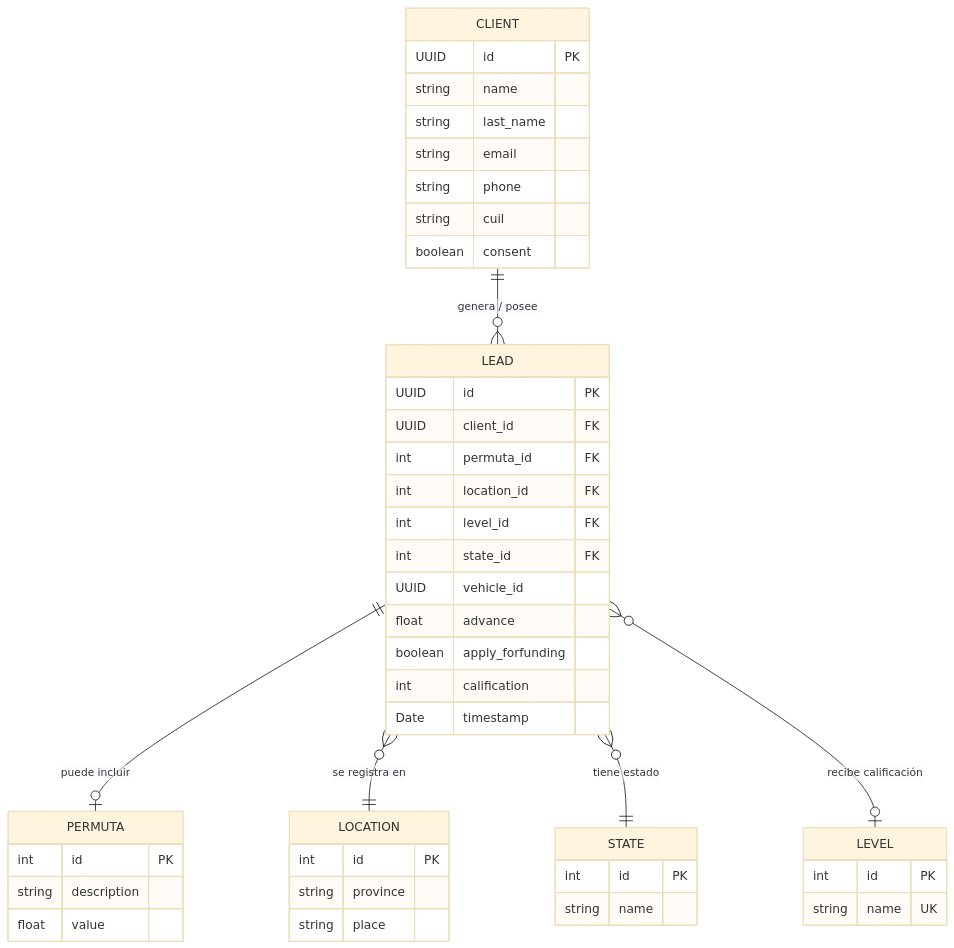
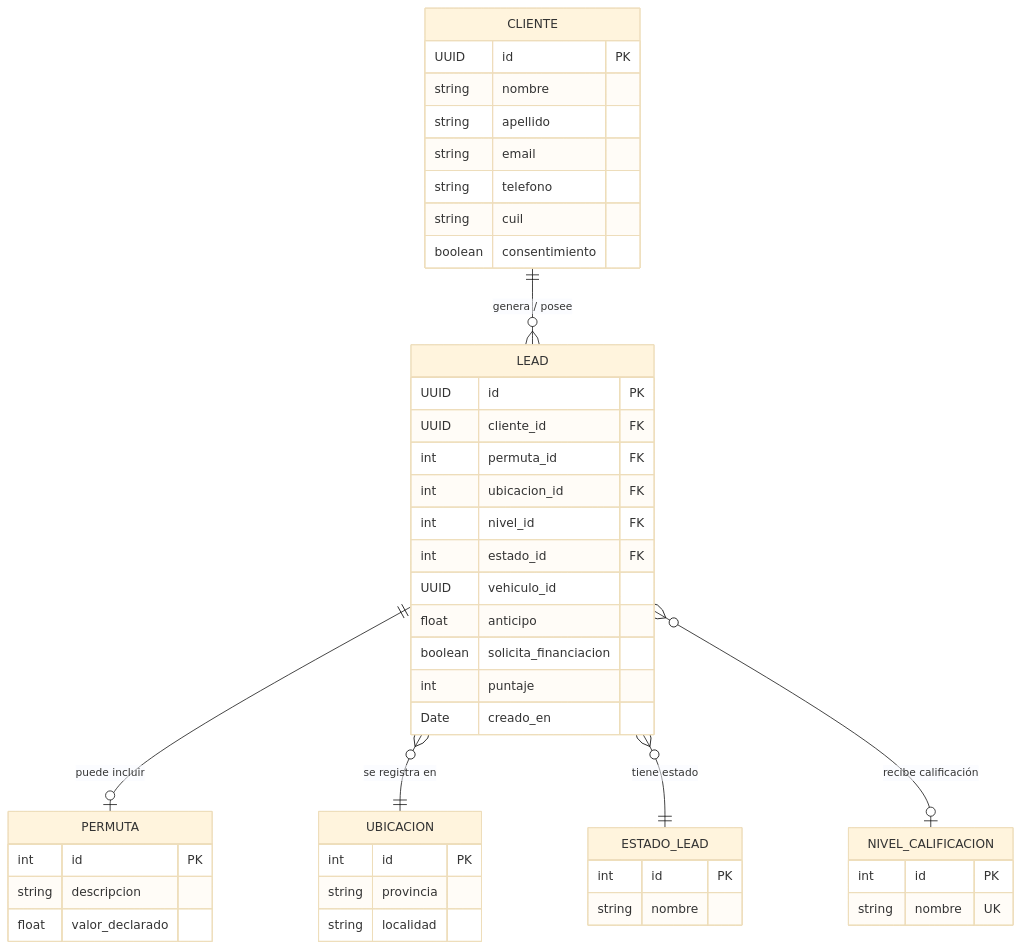
The diagram in docs/diagrams/der.mmd (naimgaunaa/LeadsMicroservice), drawn with Mermaid (base theme) before and after one commit. The commit also changed 6 other files, not shown here.

```diff
--- a/docs/diagrams/der.mmd
+++ b/docs/diagrams/der.mmd
@@ -1,56 +1,56 @@
 erDiagram
     %% Entidades de negocio principales
-    CLIENT ||--o{ LEAD : "genera / posee"
+    CLIENTE ||--o{ LEAD : "genera / posee"
     LEAD ||--o| PERMUTA : "puede incluir"
 
     %% Catálogos referenciados por el lead
-    LEAD }o--|| LOCATION : "se registra en"
-    LEAD }o--|| STATE : "tiene estado"
-    LEAD }o--o| LEVEL : "recibe calificación"
+    LEAD }o--|| UBICACION : "se registra en"
+    LEAD }o--|| ESTADO_LEAD : "tiene estado"
+    LEAD }o--o| NIVEL_CALIFICACION : "recibe calificación"
 
-    CLIENT {
+    CLIENTE {
         UUID id PK
-        string name
-        string last_name
+        string nombre
+        string apellido
         string email
-        string phone
+        string telefono
         string cuil
-        boolean consent
+        boolean consentimiento
     }
 
     LEAD{
         UUID id PK
-        UUID client_id FK
+        UUID cliente_id FK
         int permuta_id FK
-        int location_id FK
-        int level_id FK
-        int state_id FK
-        UUID vehicle_id
+        int ubicacion_id FK
+        int nivel_id FK
+        int estado_id FK
+        UUID vehiculo_id
 
-        float advance
-        boolean apply_forfunding
-        int calification
-        Date timestamp
+        float anticipo
+        boolean solicita_financiacion
+        int puntaje
+        Date creado_en
     }
 
     PERMUTA{
         int id PK
-        string description
-        float value
+        string descripcion
+        float valor_declarado
     }
 
-    LOCATION {
+    UBICACION {
         int id PK
-        string province
-        string place
+        string provincia
+        string localidad
     }
 
-    LEVEL {
+    NIVEL_CALIFICACION {
         int id PK
-        string name UK
+        string nombre UK
     }
 
-    STATE {
+    ESTADO_LEAD {
         int id PK
-        string name
+        string nombre
     }
```
